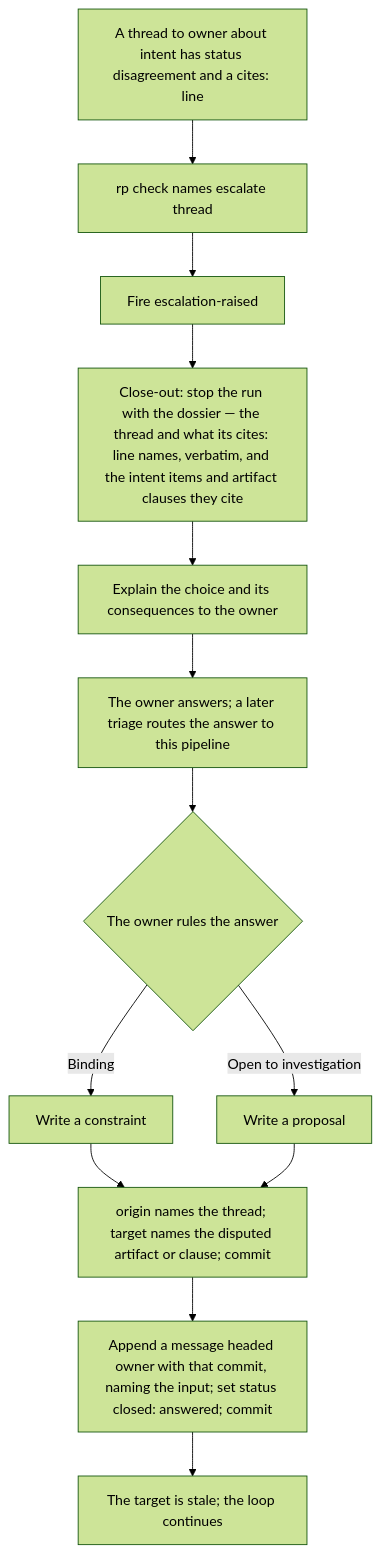
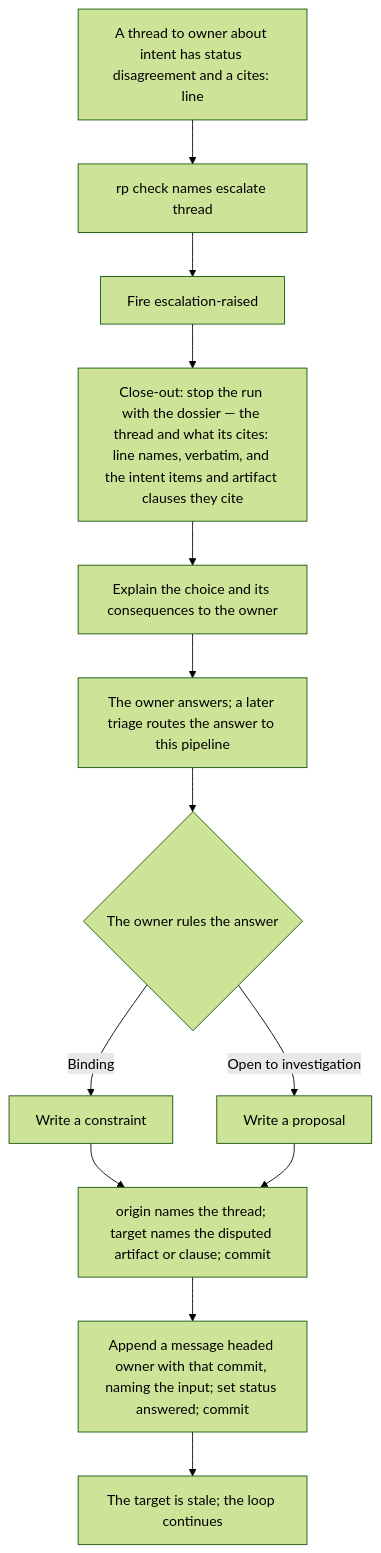
Before and after one commit to Automattic/radical-pipelines: the diagram in docs/flowcharts/escalation.md, drawn with Mermaid (forest theme). The commit also changed 21 other files, not shown here.

````diff
--- a/docs/flowcharts/escalation.md
+++ b/docs/flowcharts/escalation.md
@@ -5,15 +5,15 @@
 ```mermaid
 flowchart TD
     A["A thread to owner about intent has status disagreement and a cites: line"] --> B["rp check names escalate thread"]
     B --> C["Fire escalation-raised"]
     C --> D["Close-out: stop the run with the dossier — the thread and what its cites: line names, verbatim, and the intent items and artifact clauses they cite"]
     D --> E["Explain the choice and its consequences to the owner"]
     E --> F["The owner answers; a later triage routes the answer to this pipeline"]
     F --> G{"The owner rules the answer"}
     G -->|Binding| H["Write a constraint"]
     G -->|Open to investigation| I["Write a proposal"]
     H --> J["origin names the thread; target names the disputed artifact or clause; commit"]
     I --> J
-    J --> K["Append a message headed owner with that commit, naming the input; set status closed: answered; commit"]
+    J --> K["Append a message headed owner with that commit, naming the input; set status answered; commit"]
     K --> L["The target is stale; the loop continues"]
 ```
````
